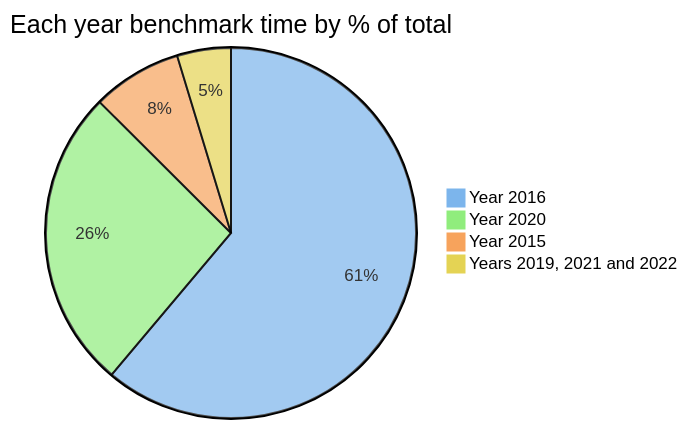
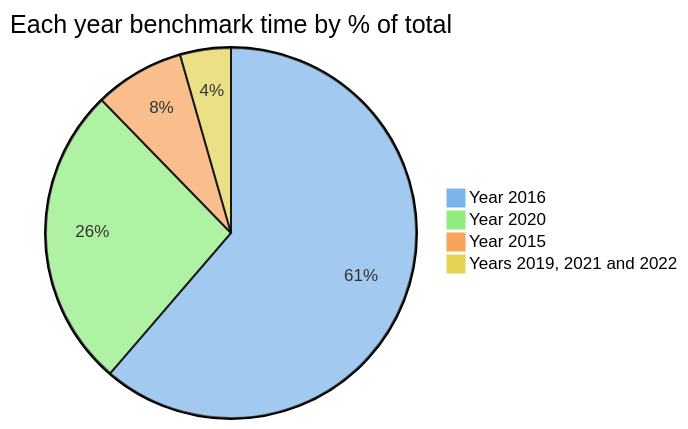
The first of 7 diagrams in README.md (maneatingape/advent-of-code-rust), drawn with Mermaid before and after one commit. The commit also changed other lines of this file and 1 other file, not shown here.

````diff
--- a/README.md
+++ b/README.md
@@ -61,9 +61,9 @@
 ```mermaid
 %%{init: {"themeVariables": { "pie1": "#7cb5ec", "pie2": "#90ed7d", "pie3": "#f7a35c", "pie4": "#e4d354", "pie5": "#e4c4fb", "pie6": "#c6cdd5"}}}%%
 pie
     title Each year benchmark time by % of total
     "Year 2016" : 664
     "Year 2020" : 286
     "Year 2015" : 85
-    "Years 2019, 2021 and 2022" : 51
+    "Years 2019, 2021 and 2022" : 48
 ```
````
